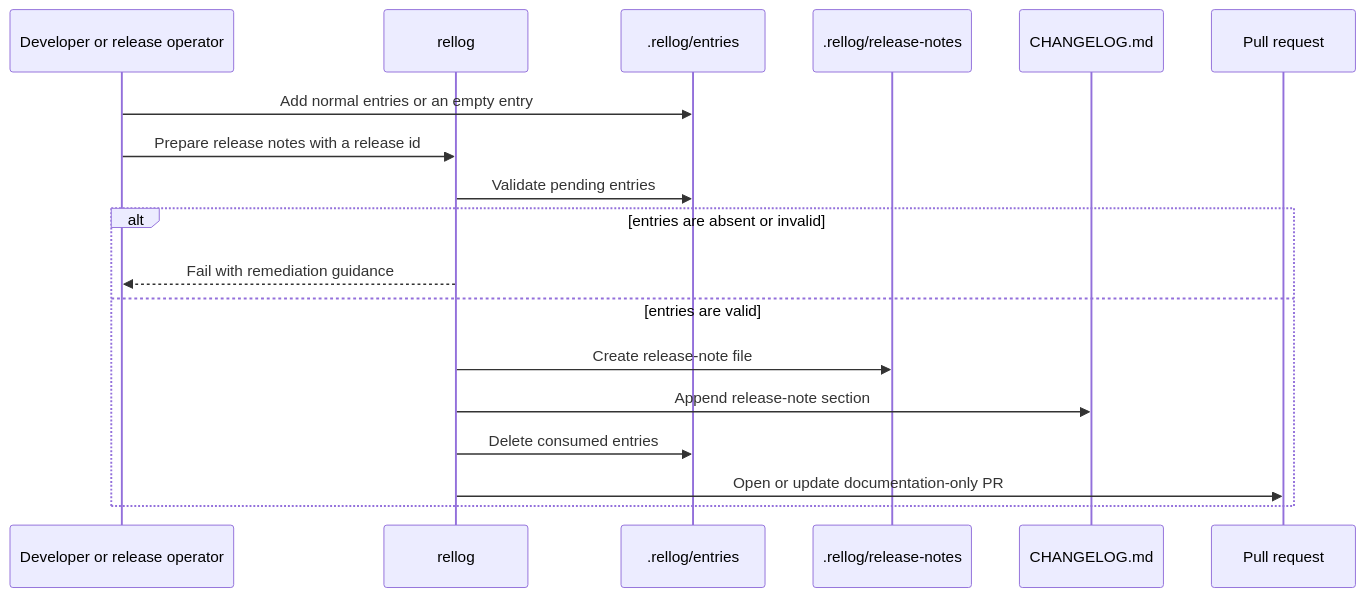
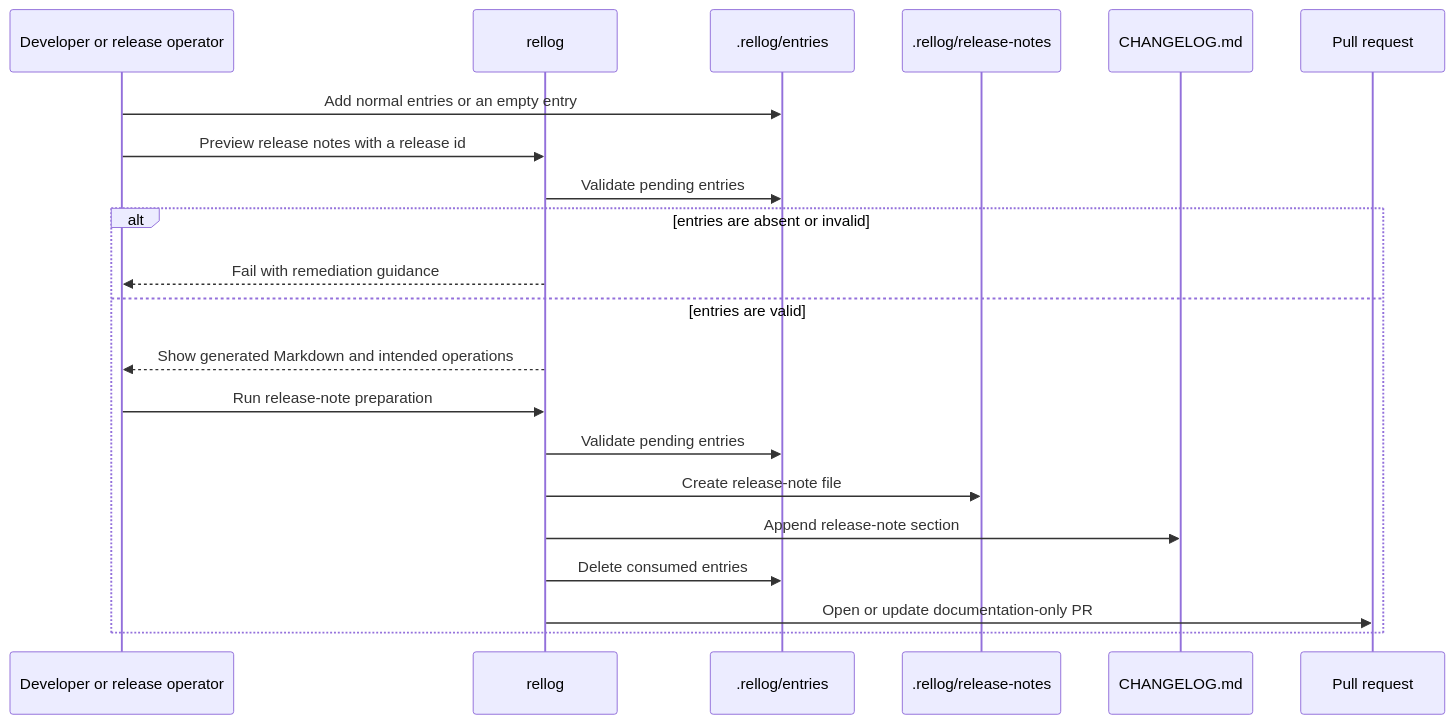
The fourth of 4 diagrams in docs/workflow.md (tooppoo/rellog), drawn with Mermaid before and after one commit. The commit also changed other lines of this file and 5 other files, not shown here.

Commit message:
test prepare default dry run contract

````diff
--- a/docs/workflow.md
+++ b/docs/workflow.md
@@ -134,21 +136,24 @@
 ```mermaid
 sequenceDiagram
   participant Dev as Developer or release operator
   participant R as rellog
   participant E as .rellog/entries
   participant N as .rellog/release-notes
   participant C as CHANGELOG.md
   participant PR as Pull request
 
   Dev->>E: Add normal entries or an empty entry
-  Dev->>R: Prepare release notes with a release id
+  Dev->>R: Preview release notes with a release id
   R->>E: Validate pending entries
   alt entries are absent or invalid
     R-->>Dev: Fail with remediation guidance
   else entries are valid
+    R-->>Dev: Show generated Markdown and intended operations
+    Dev->>R: Run release-note preparation
+    R->>E: Validate pending entries
     R->>N: Create release-note file
     R->>C: Append release-note section
     R->>E: Delete consumed entries
     R->>PR: Open or update documentation-only PR
   end
 ```
````
